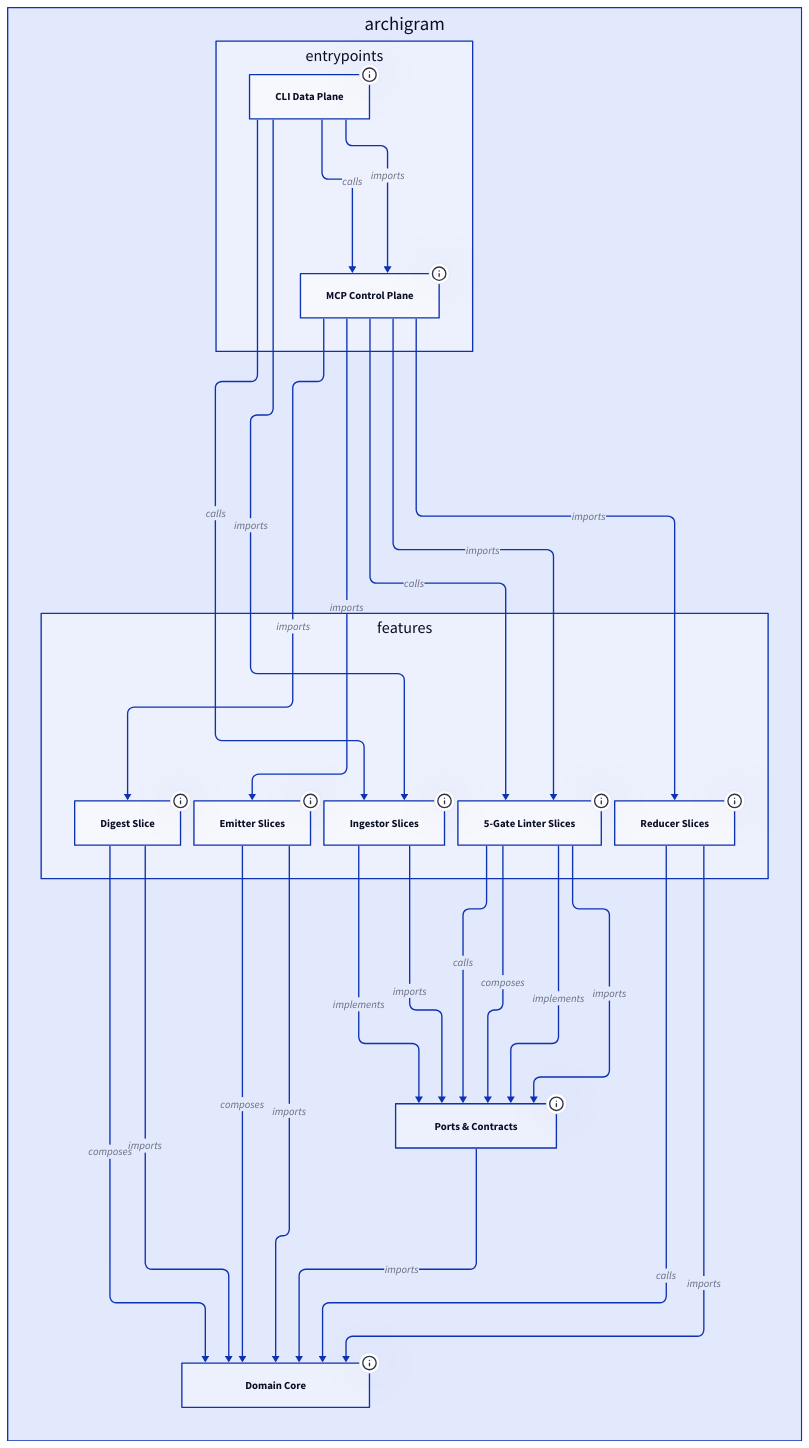
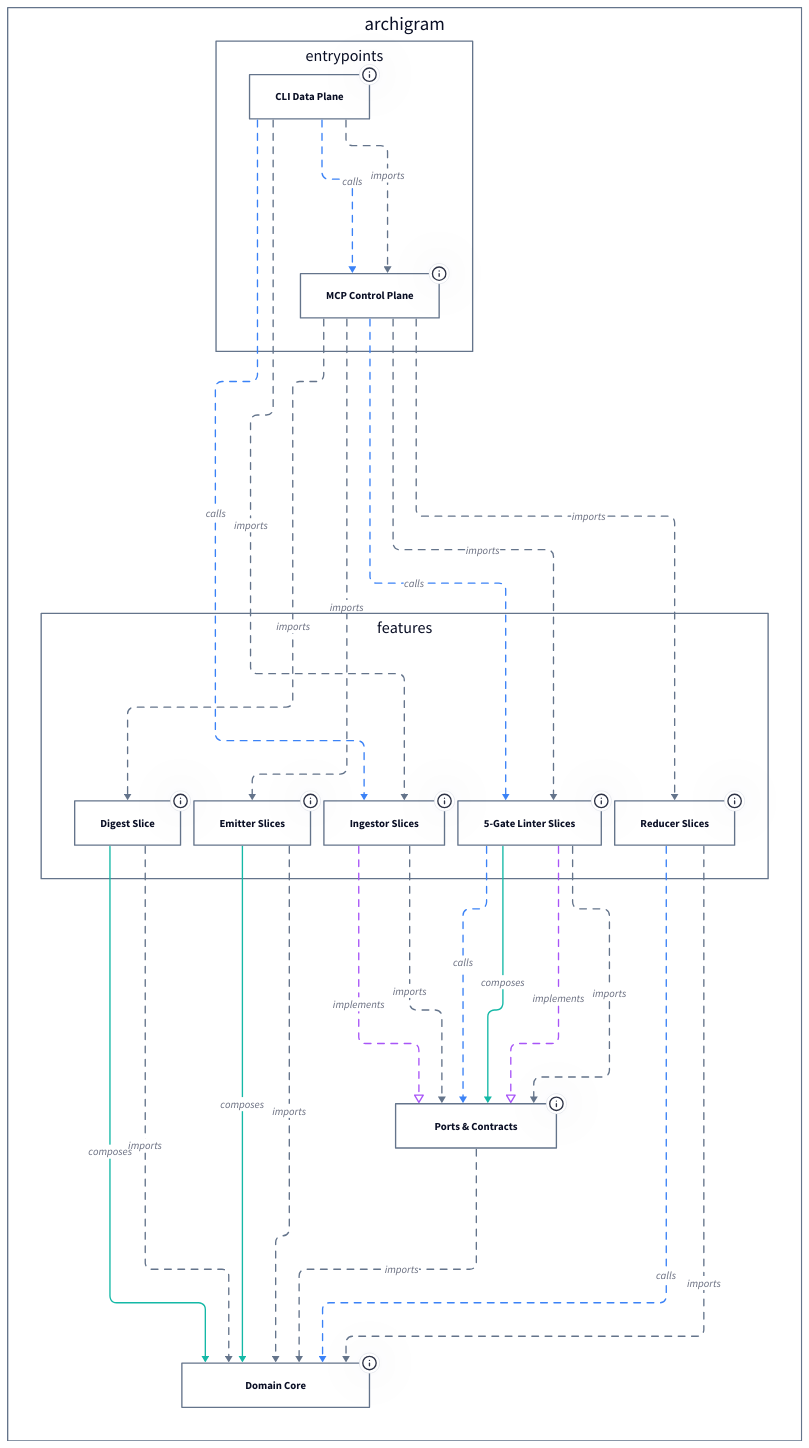
The diagram in docs/architecture/diagrams/l0_hexagonal_rings_d2.d2 (klcd/archigram), drawn with D2 before and after one commit. The commit also changed 58 other files, not shown here.

Commit message:
feat(style): add dual-mode styling, animated SVGs, and justfile

```diff
--- a/docs/architecture/diagrams/l0_hexagonal_rings_d2.d2
+++ b/docs/architecture/diagrams/l0_hexagonal_rings_d2.d2
@@ -1,62 +1,172 @@
 vars: {
   d2-config: {
     layout-engine: elk
+    theme-id: 0
+    dark-theme-id: 200
   }
 }
+style.fill: transparent
 
 archigram: "archigram" {
+  style.fill: transparent
+  style.stroke: "#64748b"
   "archigram.entrypoints": "entrypoints" {
+    style.fill: transparent
+    style.stroke: "#64748b"
     cli_dataplane: "CLI Data Plane" {
-      tooltip: "Derived via l0_d2_cli_dataplane (44 backing nodes: archigram.entrypoints.cli, archigram.entrypoints.cli.app, archigram.entrypoints.cli.app.ApplyOptions, archigram.entrypoints.cli.app.DiffOptions, archigram.entrypoints.cli.app.LintOptions, ...)"
+      style.fill: transparent
+      style.stroke: "#64748b"
+      tooltip: "Derived via l0_d2_cli_dataplane (45 backing nodes: archigram.entrypoints.cli, archigram.entrypoints.cli.app, archigram.entrypoints.cli.app.ApplyOptions, archigram.entrypoints.cli.app.DiffOptions, archigram.entrypoints.cli.app.LintOptions, ...)"
     }
     mcp_controlplane: "MCP Control Plane" {
+      style.fill: transparent
+      style.stroke: "#64748b"
       tooltip: "Derived via l0_d2_mcp_controlplane (21 backing nodes: archigram.entrypoints.mcp, archigram.entrypoints.mcp.propose_loop, archigram.entrypoints.mcp.propose_loop.CompiledViewPreview, archigram.entrypoints.mcp.propose_loop.CuratedViewsPreviewReport, archigram.entrypoints.mcp.propose_loop.DeterministicHeuristicProposer, ...)"
     }
   }
   "archigram.features": "features" {
+    style.fill: transparent
+    style.stroke: "#64748b"
     feature_digest: "Digest Slice" {
+      style.fill: transparent
+      style.stroke: "#64748b"
       tooltip: "Derived via l0_d2_feature_digest (15 backing nodes: archigram.features.digest, archigram.features.digest.generator, archigram.features.digest.generator.CandidateLeafSink, archigram.features.digest.generator.CandidateWrapperNode, archigram.features.digest.generator.CentralityHub, ...)"
     }
     feature_emitters: "Emitter Slices" {
-      tooltip: "Derived via l0_d2_feature_emitters (26 backing nodes: archigram.features.emit_d2, archigram.features.emit_d2.emitter, archigram.features.emit_d2.emitter.D2Emitter, archigram.features.emit_likec4, archigram.features.emit_likec4.emitter, ...)"
+      style.fill: transparent
+      style.stroke: "#64748b"
+      tooltip: "Derived via l0_d2_feature_emitters (28 backing nodes: archigram.features.emit_d2, archigram.features.emit_d2.emitter, archigram.features.emit_d2.emitter.D2Emitter, archigram.features.emit_d2.emitter._D2StructuralCtx, archigram.features.emit_d2.emitter._StepEdge, ...)"
     }
     feature_ingestors: "Ingestor Slices" {
+      style.fill: transparent
+      style.stroke: "#64748b"
       tooltip: "Derived via l0_d2_feature_ingestors (40 backing nodes: archigram.features.ingest_class, archigram.features.ingest_class.ingestor, archigram.features.ingest_class.ingestor.ClassHierarchyIngestor, archigram.features.ingest_class.ingestor._ActiveClassBlock, archigram.features.ingest_class.ingestor._ClassGraphBuilder, ...)"
     }
     feature_linters: "5-Gate Linter Slices" {
+      style.fill: transparent
+      style.stroke: "#64748b"
       tooltip: "Derived via l0_d2_feature_linters (33 backing nodes: archigram.features.lint_budget, archigram.features.lint_budget.gate, archigram.features.lint_budget.gate.CognitiveBudgetAndOrphanGate, archigram.features.lint_budget.gate.apply_spanning_tree_edge_fallback, archigram.features.lint_grounding, ...)"
     }
     feature_reducers: "Reducer Slices" {
+      style.fill: transparent
+      style.stroke: "#64748b"
       tooltip: "Derived via l0_d2_feature_reducers (19 backing nodes: archigram.features.reduce_structural, archigram.features.reduce_structural.reducer, archigram.features.reduce_structural.reducer.CycleInducedError, archigram.features.reduce_structural.reducer.StructuralTopologicalReducer, archigram.features.reduce_structural.reducer.apply_structural_rule, ...)"
     }
   }
   domain_core: "Domain Core" {
-    tooltip: "Derived via l0_d2_domain_core (61 backing nodes: archigram.domain, archigram.domain.ProvenanceGrade, archigram.domain.ProvenanceStamp, archigram.domain.concurrency, archigram.domain.concurrency.ConcurrencyMode, ...)"
+    style.fill: transparent
+    style.stroke: "#64748b"
+    tooltip: "Derived via l0_d2_domain_core (69 backing nodes: archigram.domain, archigram.domain.ProvenanceGrade, archigram.domain.ProvenanceStamp, archigram.domain.concurrency, archigram.domain.concurrency.ConcurrencyMode, ...)"
   }
   ports_contracts: "Ports & Contracts" {
+    style.fill: transparent
+    style.stroke: "#64748b"
     tooltip: "Derived via l0_d2_ports_contracts (12 backing nodes: archigram.ports, archigram.ports.SliceDescriptor, archigram.ports.contracts, archigram.ports.contracts.DiagramEmitterPort, archigram.ports.contracts.DigestGeneratorPort, ...)"
   }
 }
 
-archigram."archigram.entrypoints".cli_dataplane -> archigram."archigram.features".feature_ingestors: "calls"
-archigram."archigram.entrypoints".cli_dataplane -> archigram."archigram.features".feature_ingestors: "imports"
-archigram."archigram.entrypoints".cli_dataplane -> archigram."archigram.entrypoints".mcp_controlplane: "calls"
-archigram."archigram.entrypoints".cli_dataplane -> archigram."archigram.entrypoints".mcp_controlplane: "imports"
-archigram."archigram.features".feature_digest -> archigram.domain_core: "composes"
-archigram."archigram.features".feature_digest -> archigram.domain_core: "imports"
-archigram."archigram.features".feature_emitters -> archigram.domain_core: "composes"
-archigram."archigram.features".feature_emitters -> archigram.domain_core: "imports"
-archigram."archigram.features".feature_ingestors -> archigram.ports_contracts: "implements"
-archigram."archigram.features".feature_ingestors -> archigram.ports_contracts: "imports"
-archigram."archigram.features".feature_linters -> archigram.ports_contracts: "calls"
-archigram."archigram.features".feature_linters -> archigram.ports_contracts: "composes"
-archigram."archigram.features".feature_linters -> archigram.ports_contracts: "implements"
-archigram."archigram.features".feature_linters -> archigram.ports_contracts: "imports"
-archigram."archigram.features".feature_reducers -> archigram.domain_core: "calls"
-archigram."archigram.features".feature_reducers -> archigram.domain_core: "imports"
-archigram."archigram.entrypoints".mcp_controlplane -> archigram."archigram.features".feature_digest: "imports"
-archigram."archigram.entrypoints".mcp_controlplane -> archigram."archigram.features".feature_emitters: "imports"
-archigram."archigram.entrypoints".mcp_controlplane -> archigram."archigram.features".feature_linters: "calls"
-archigram."archigram.entrypoints".mcp_controlplane -> archigram."archigram.features".feature_linters: "imports"
-archigram."archigram.entrypoints".mcp_controlplane -> archigram."archigram.features".feature_reducers: "imports"
-archigram.ports_contracts -> archigram.domain_core: "imports"
+archigram."archigram.entrypoints".cli_dataplane -> archigram."archigram.features".feature_ingestors: "calls" {
+  style.stroke: "#3b82f6"
+  style.animated: true
+}
+archigram."archigram.entrypoints".cli_dataplane -> archigram."archigram.features".feature_ingestors: "imports" {
+  style.stroke: "#64748b"
+  style.stroke-dash: 5
+}
+archigram."archigram.entrypoints".cli_dataplane -> archigram."archigram.entrypoints".mcp_controlplane: "calls" {
+  style.stroke: "#3b82f6"
+  style.animated: true
+}
+archigram."archigram.entrypoints".cli_dataplane -> archigram."archigram.entrypoints".mcp_controlplane: "imports" {
+  style.stroke: "#64748b"
+  style.stroke-dash: 5
+}
+archigram."archigram.features".feature_digest -> archigram.domain_core: "composes" {
+  style.stroke: "#14b8a6"
+  source-arrowhead: {
+    shape: diamond
+    style.filled: true
+  }
+}
+archigram."archigram.features".feature_digest -> archigram.domain_core: "imports" {
+  style.stroke: "#64748b"
+  style.stroke-dash: 5
+}
+archigram."archigram.features".feature_emitters -> archigram.domain_core: "composes" {
+  style.stroke: "#14b8a6"
+  source-arrowhead: {
+    shape: diamond
+    style.filled: true
+  }
+}
+archigram."archigram.features".feature_emitters -> archigram.domain_core: "imports" {
+  style.stroke: "#64748b"
+  style.stroke-dash: 5
+}
+archigram."archigram.features".feature_ingestors -> archigram.ports_contracts: "implements" {
+  style.stroke: "#a855f7"
+  style.stroke-dash: 5
+  target-arrowhead: {
+    shape: triangle
+    style.filled: false
+  }
+}
+archigram."archigram.features".feature_ingestors -> archigram.ports_contracts: "imports" {
+  style.stroke: "#64748b"
+  style.stroke-dash: 5
+}
+archigram."archigram.features".feature_linters -> archigram.ports_contracts: "calls" {
+  style.stroke: "#3b82f6"
+  style.animated: true
+}
+archigram."archigram.features".feature_linters -> archigram.ports_contracts: "composes" {
+  style.stroke: "#14b8a6"
+  source-arrowhead: {
+    shape: diamond
+    style.filled: true
+  }
+}
+archigram."archigram.features".feature_linters -> archigram.ports_contracts: "implements" {
+  style.stroke: "#a855f7"
+  style.stroke-dash: 5
+  target-arrowhead: {
+    shape: triangle
+    style.filled: false
+  }
+}
+archigram."archigram.features".feature_linters -> archigram.ports_contracts: "imports" {
+  style.stroke: "#64748b"
+  style.stroke-dash: 5
+}
+archigram."archigram.features".feature_reducers -> archigram.domain_core: "calls" {
+  style.stroke: "#3b82f6"
+  style.animated: true
+}
+archigram."archigram.features".feature_reducers -> archigram.domain_core: "imports" {
+  style.stroke: "#64748b"
+  style.stroke-dash: 5
+}
+archigram."archigram.entrypoints".mcp_controlplane -> archigram."archigram.features".feature_digest: "imports" {
+  style.stroke: "#64748b"
+  style.stroke-dash: 5
+}
+archigram."archigram.entrypoints".mcp_controlplane -> archigram."archigram.features".feature_emitters: "imports" {
+  style.stroke: "#64748b"
+  style.stroke-dash: 5
+}
+archigram."archigram.entrypoints".mcp_controlplane -> archigram."archigram.features".feature_linters: "calls" {
+  style.stroke: "#3b82f6"
+  style.animated: true
+}
+archigram."archigram.entrypoints".mcp_controlplane -> archigram."archigram.features".feature_linters: "imports" {
+  style.stroke: "#64748b"
+  style.stroke-dash: 5
+}
+archigram."archigram.entrypoints".mcp_controlplane -> archigram."archigram.features".feature_reducers: "imports" {
+  style.stroke: "#64748b"
+  style.stroke-dash: 5
+}
+archigram.ports_contracts -> archigram.domain_core: "imports" {
+  style.stroke: "#64748b"
+  style.stroke-dash: 5
+}
```
